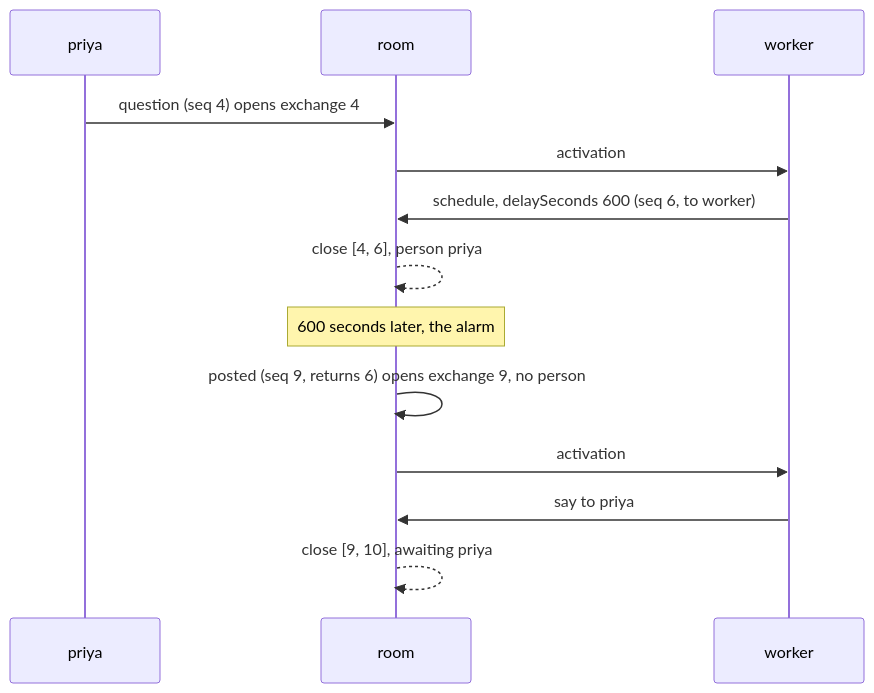
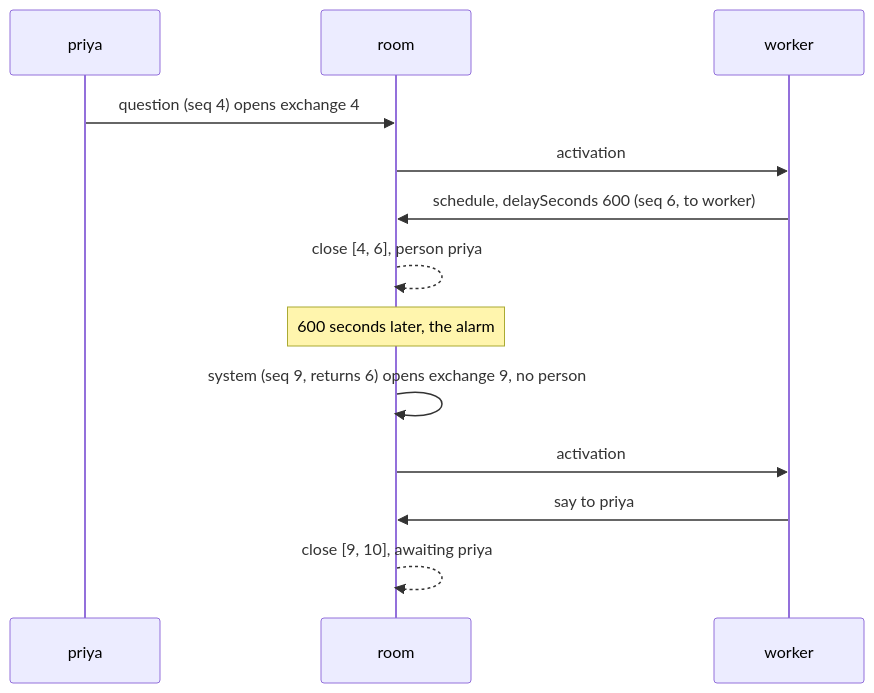
The second of 2 diagrams in docs/exchange.md (ambionframework/ambion), drawn with Mermaid before and after one commit. The commit also changed other lines of this file and 49 other files, not shown here.

````diff
--- a/docs/exchange.md
+++ b/docs/exchange.md
@@ -105,15 +105,15 @@
 ```mermaid
 sequenceDiagram
     participant P as priya
     participant R as room
     participant W as worker
     P->>R: question (seq 4) opens exchange 4
     R->>W: activation
     W->>R: schedule, delaySeconds 600 (seq 6, to worker)
     R-->>R: close [4, 6], person priya
     Note over R: 600 seconds later, the alarm
-    R->>R: posted (seq 9, returns 6) opens exchange 9, no person
+    R->>R: system (seq 9, returns 6) opens exchange 9, no person
     R->>W: activation
     W->>R: say to priya
     R-->>R: close [9, 10], awaiting priya
 ```
````
